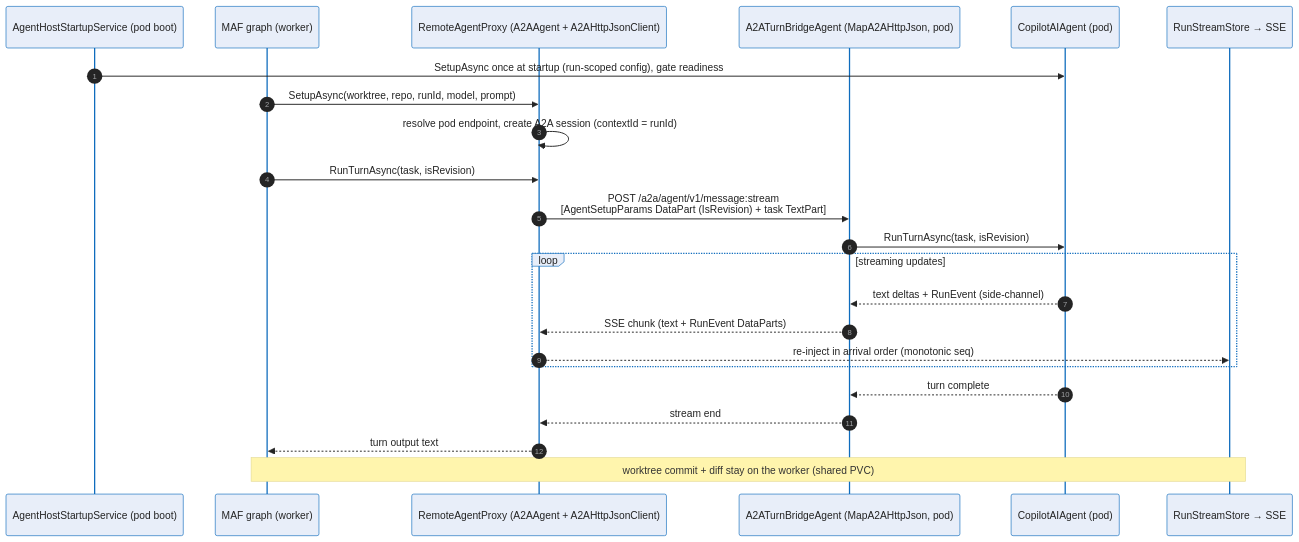
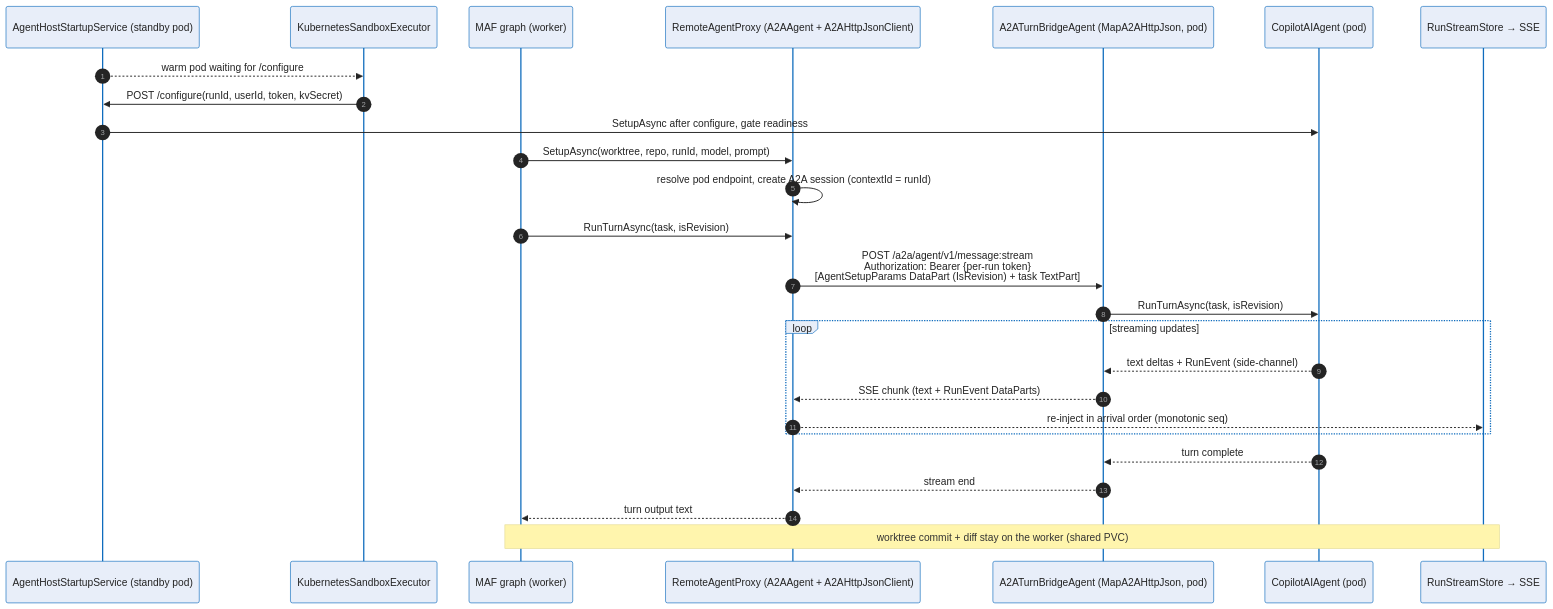
The second of 3 diagrams in docs/deep-dive/a2a-bridge.md (sabbour/agentweaver), drawn with Mermaid before and after one commit. The commit also changed other lines of this file and 40 other files, not shown here.

````diff
--- a/docs/deep-dive/a2a-bridge.md
+++ b/docs/deep-dive/a2a-bridge.md
@@ -103,27 +105,30 @@
 ```mermaid
 %%{init: {'theme':'base','themeVariables':{'fontFamily':'Segoe UI, system-ui, -apple-system, sans-serif','fontSize':'15px','primaryColor':'#E8EEF9','primaryBorderColor':'#0F6CBD','primaryTextColor':'#242424','lineColor':'#605E5C','clusterBkg':'#FAF9F8','clusterBorder':'#D2D0CE','edgeLabelBackground':'#FFFFFF'}}}%%
 sequenceDiagram
     autonumber
-    participant Boot as AgentHostStartupService (pod boot)
+    participant Boot as AgentHostStartupService (standby pod)
+    participant Exec as KubernetesSandboxExecutor
     participant Graph as MAF graph (worker)
     participant Proxy as RemoteAgentProxy (A2AAgent + A2AHttpJsonClient)
     participant Host as A2ATurnBridgeAgent (MapA2AHttpJson, pod)
     participant Agent as CopilotAIAgent (pod)
     participant Stream as RunStreamStore → SSE
 
-    Boot->>Agent: SetupAsync once at startup (run-scoped config), gate readiness
+    Boot-->>Exec: warm pod waiting for /configure
+    Exec->>Boot: POST /configure(runId, userId, token, kvSecret)
+    Boot->>Agent: SetupAsync after configure, gate readiness
     Graph->>Proxy: SetupAsync(worktree, repo, runId, model, prompt)
     Proxy->>Proxy: resolve pod endpoint, create A2A session (contextId = runId)
     Graph->>Proxy: RunTurnAsync(task, isRevision)
-    Proxy->>Host: POST /a2a/agent/v1/message:stream<br/>[AgentSetupParams DataPart (IsRevision) + task TextPart]
+    Proxy->>Host: POST /a2a/agent/v1/message:stream<br/>Authorization: Bearer {per-run token}<br/>[AgentSetupParams DataPart (IsRevision) + task TextPart]
     Host->>Agent: RunTurnAsync(task, isRevision)
     loop streaming updates
         Agent-->>Host: text deltas + RunEvent (side-channel)
         Host-->>Proxy: SSE chunk (text + RunEvent DataParts)
         Proxy-->>Stream: re-inject in arrival order (monotonic seq)
     end
     Agent-->>Host: turn complete
     Host-->>Proxy: stream end
     Proxy-->>Graph: turn output text
     Note over Graph,Stream: worktree commit + diff stay on the worker (shared PVC)
 ```
````
